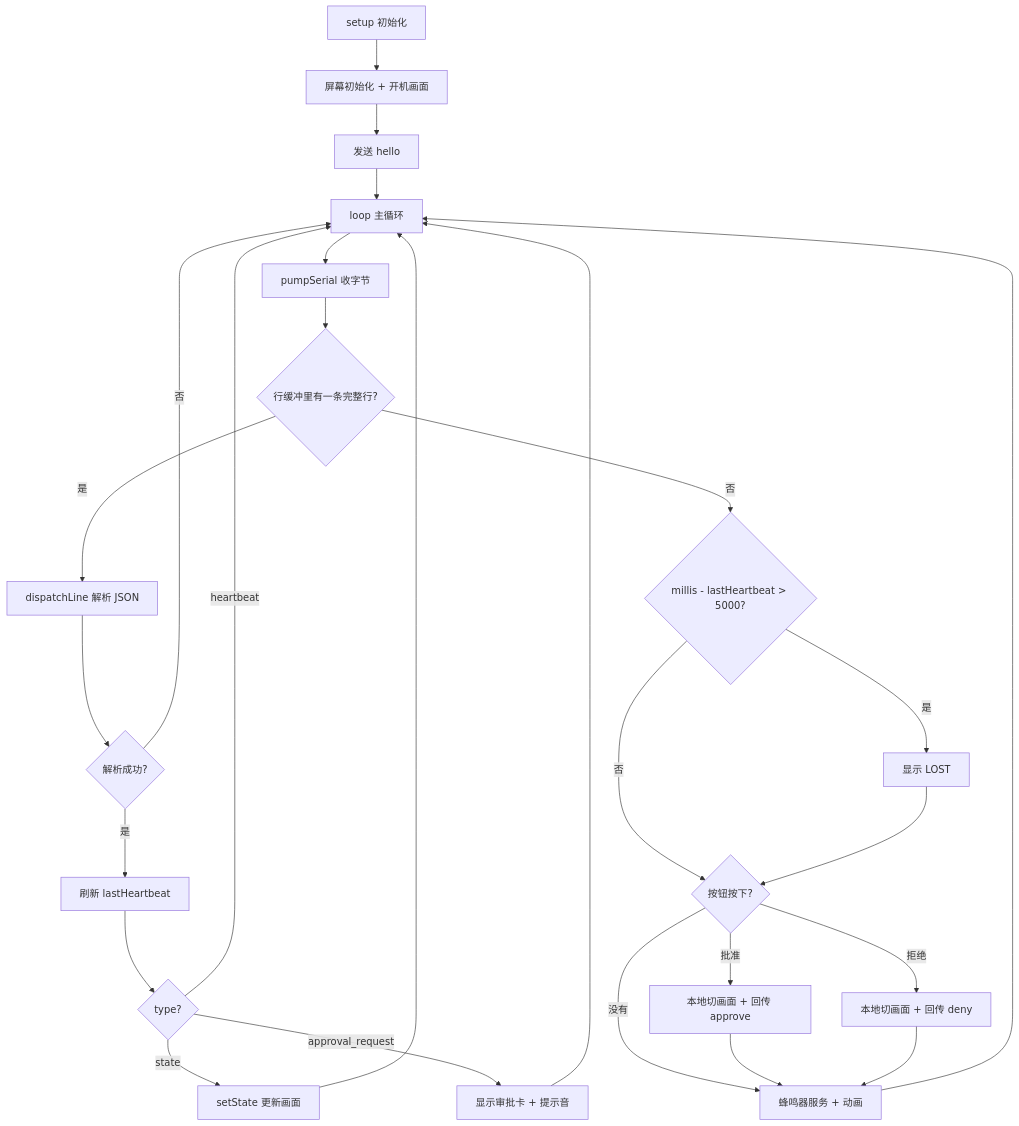
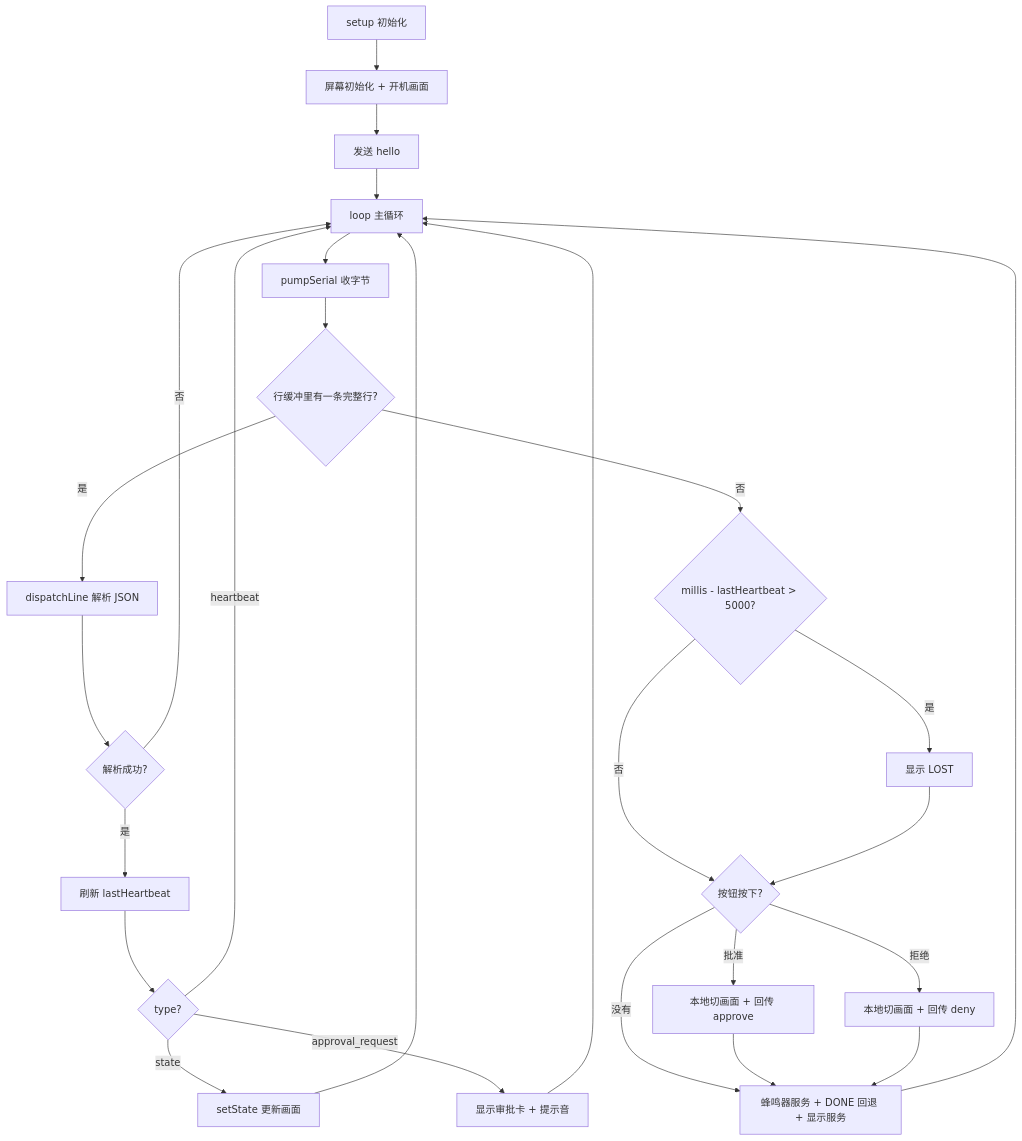
The second of 3 diagrams in arduino/vibepet/VibePet —— AI 编程助手物理状态显示与审批终端（USB 有线版）v3.0.md (zenith8366/myproject), drawn with Mermaid before and after one commit. The commit also changed other lines of this file and 15 other files, not shown here.

````diff
--- a/arduino/vibepet/VibePet —— AI 编程助手物理状态显示与审批终端（USB 有线版）v3.0.md
+++ b/arduino/vibepet/VibePet —— AI 编程助手物理状态显示与审批终端（USB 有线版）v3.0.md
@@ -490,28 +498,28 @@
 ```mermaid
 flowchart TD
     A[setup 初始化] --> B[屏幕初始化 + 开机画面]
     B --> C[发送 hello]
     C --> D[loop 主循环]
     D --> E[pumpSerial 收字节]
     E --> F{行缓冲里有一条完整行?}
     F -->|是| G[dispatchLine 解析 JSON]
     G --> H{解析成功?}
     H -->|是| I[刷新 lastHeartbeat]
     H -->|否| D
     I --> J{type?}
     J -->|heartbeat| D
     J -->|state| K[setState 更新画面]
     J -->|approval_request| L[显示审批卡 + 提示音]
     K --> D
     L --> D
     F -->|否| M{millis - lastHeartbeat > 5000?}
     M -->|是| N[显示 LOST]
     M -->|否| O{按钮按下?}
     N --> O
     O -->|批准| P[本地切画面 + 回传 approve]
     O -->|拒绝| Q[本地切画面 + 回传 deny]
-    O -->|没有| R[蜂鸣器服务 + 动画]
+    O -->|没有| R[蜂鸣器服务 + DONE 回退 + 显示服务]
     P --> R
     Q --> R
     R --> D
 ```
````
